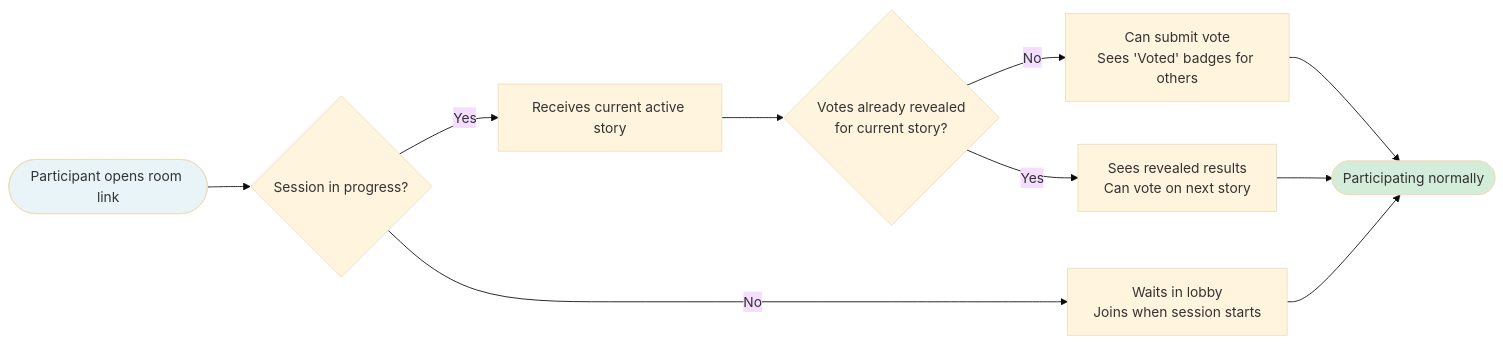
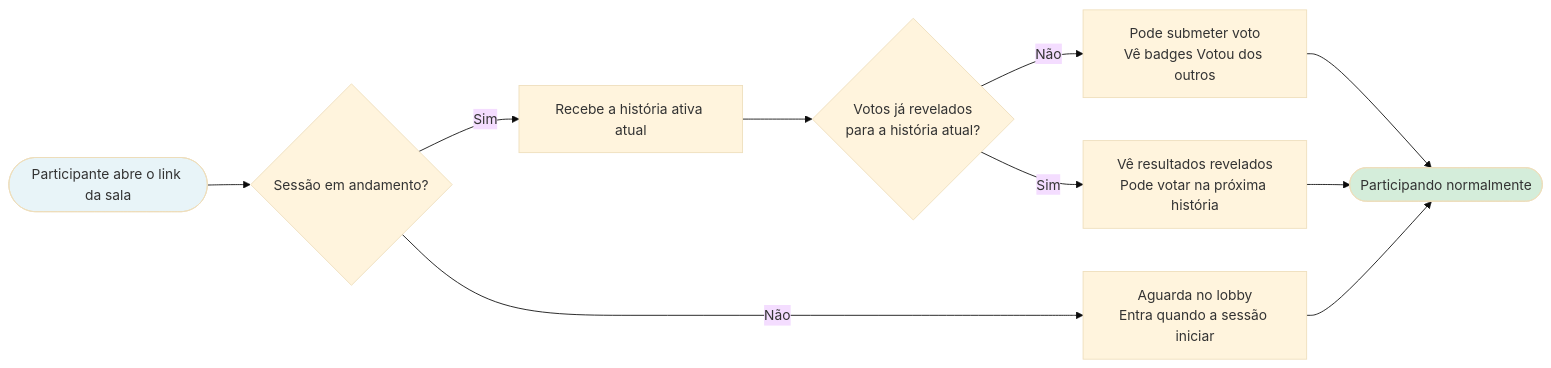
The fifth of 5 diagrams in case-poker/06.1-product-backlog-queue-voting.md (hugo-hsbtech/teamwork-process), drawn with Mermaid (base theme) before and after one commit. The commit also changed other lines of this file and 64 other files, not shown here.

````diff
--- a/case-poker/06.1-product-backlog-queue-voting.md
+++ b/case-poker/06.1-product-backlog-queue-voting.md
@@ -160,15 +160,15 @@
 ```mermaid
 flowchart LR
-    A([Participant opens room link]) --> B{Session in progress?}
-    B -- No --> C[Waits in lobby\nJoins when session starts]
-    B -- Yes --> D[Receives current active story]
-    D --> E{Votes already revealed\nfor current story?}
-    E -- No --> F[Can submit vote\nSees 'Voted' badges for others]
-    E -- Yes --> G[Sees revealed results\nCan vote on next story]
-    F --> H([Participating normally])
+    A([Participante abre o link da sala]) --> B{Sessão em andamento?}
+    B -- Não --> C[Aguarda no lobby\nEntra quando a sessão iniciar]
+    B -- Sim --> D[Recebe a história ativa atual]
+    D --> E{Votos já revelados\npara a história atual?}
+    E -- Não --> F[Pode submeter voto\nVê badges Votou dos outros]
+    E -- Sim --> G[Vê resultados revelados\nPode votar na próxima história]
+    F --> H([Participando normalmente])
     G --> H
     C --> H
 
     style A fill:#e8f4f8
     style H fill:#d4edda
 ```
````
